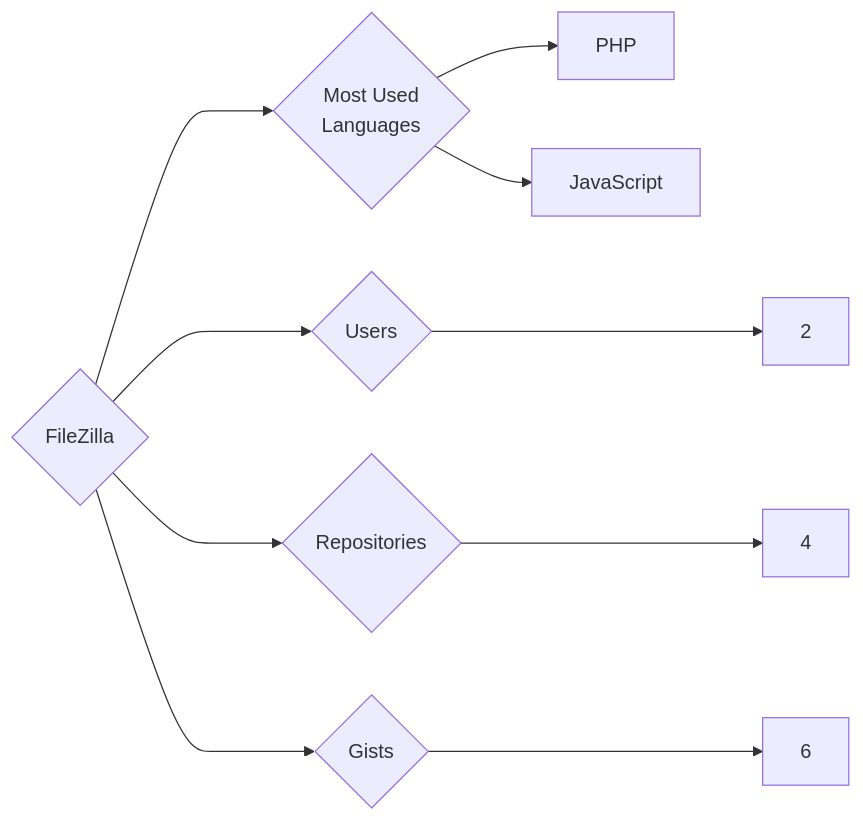
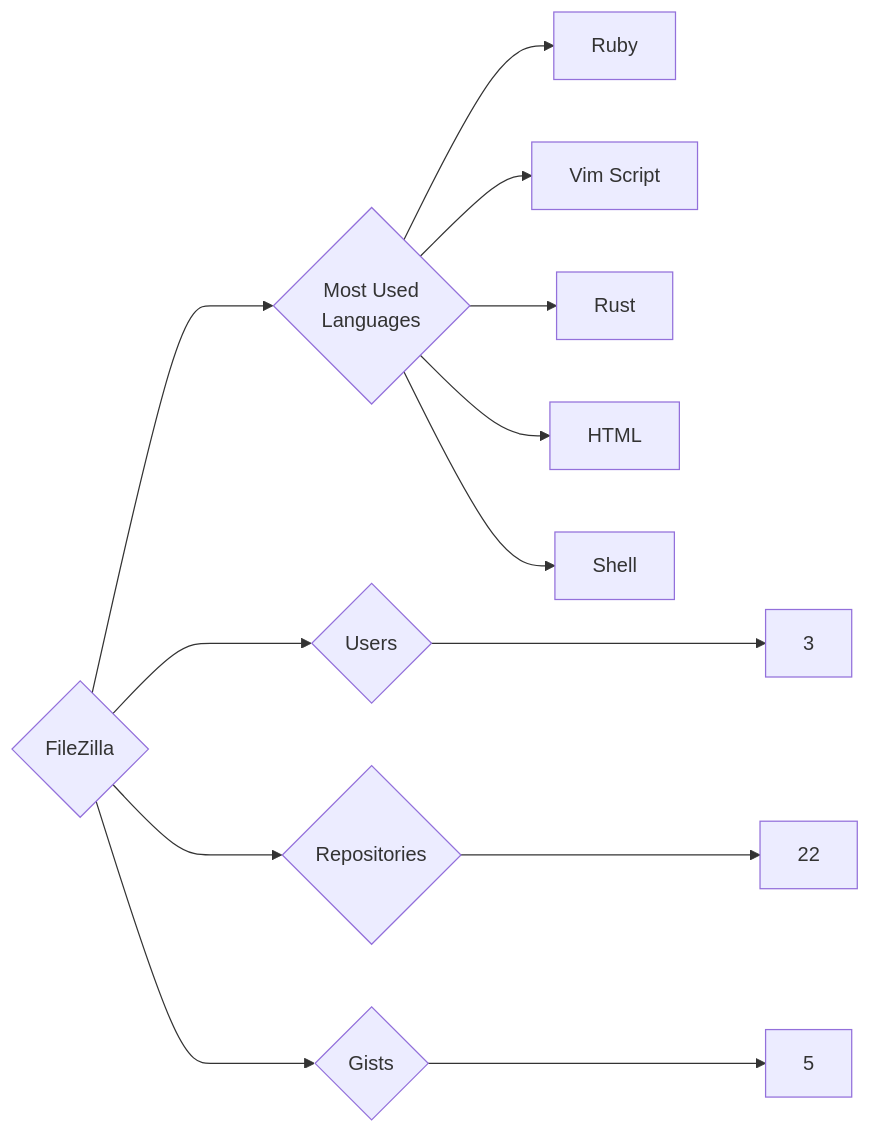
One commit to trickest/insiders changed the diagram in targets/FileZilla/README.md. Above: the diagram before and after it, drawn with Mermaid. The commit also changed 1088 other files, not shown here.

````diff
--- a/targets/FileZilla/README.md
+++ b/targets/FileZilla/README.md
@@ -3,10 +3,13 @@
 ```mermaid
 graph LR
 COMPANY_NAME{FileZilla}
-COMPANY_NAME ---> U{Users} ---> UN[2]
-COMPANY_NAME ---> R{Repositories} ---> RN[4]
-COMPANY_NAME ---> G{Gists} ---> GN[6]
+COMPANY_NAME ---> U{Users} ---> UN[3]
+COMPANY_NAME ---> R{Repositories} ---> RN[22]
+COMPANY_NAME ---> G{Gists} ---> GN[5]
 COMPANY_NAME ---> ML{Most Used<br>Languages}
-ML --> PHP[PHP]
-ML --> JavaScript[JavaScript]
+ML --> Ruby[Ruby]
+ML --> Vim_Script[Vim Script]
+ML --> Rust[Rust]
+ML --> HTML[HTML]
+ML --> Shell[Shell]
 ```
````
